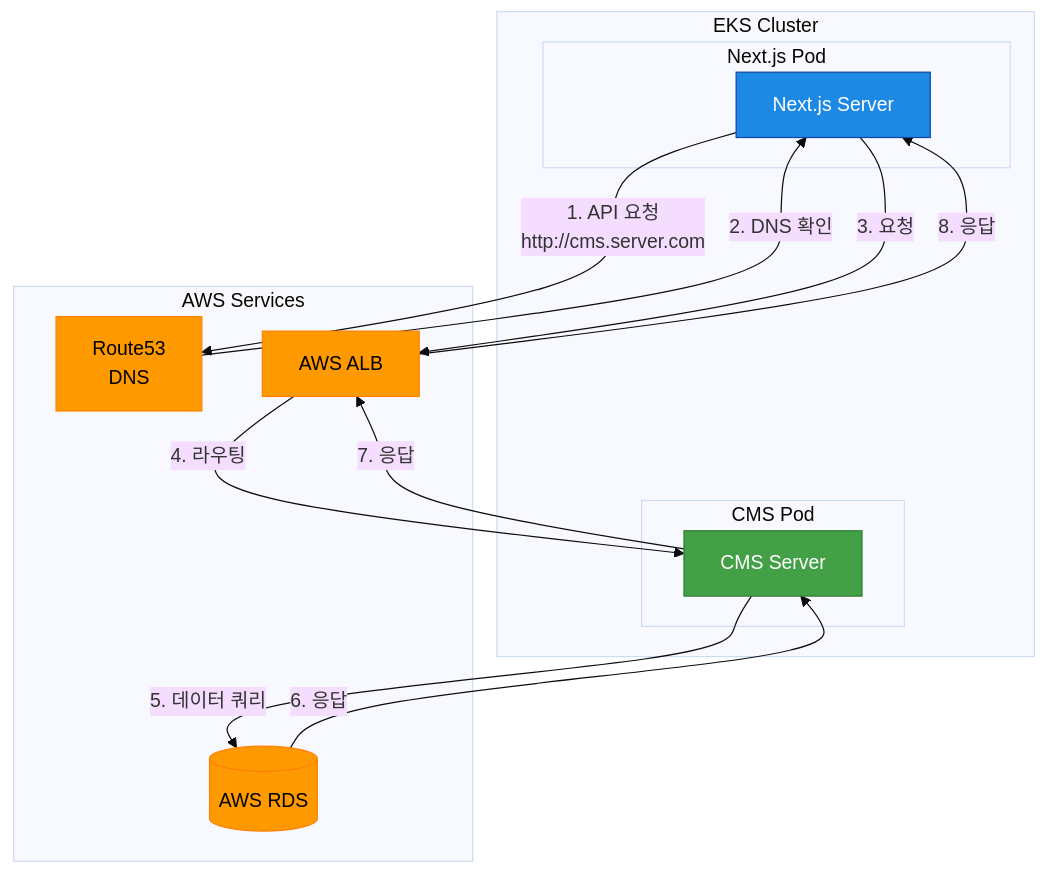
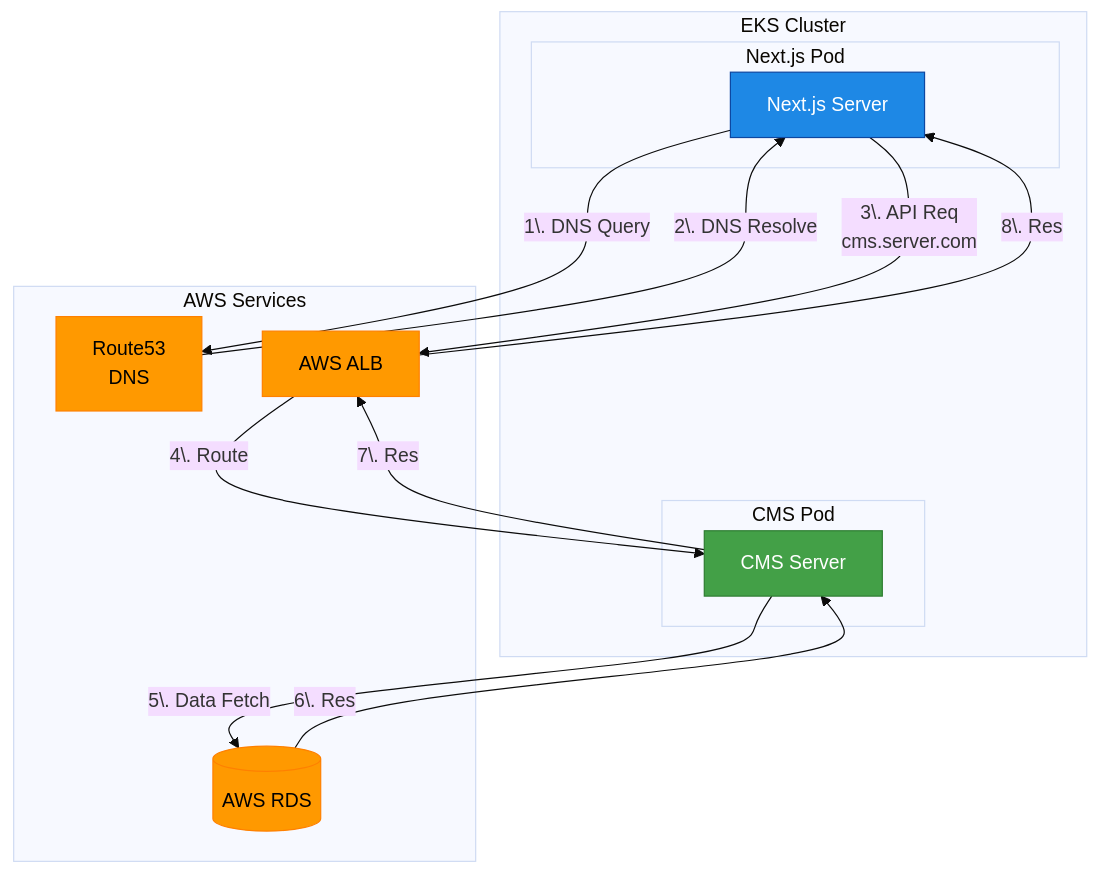
The first of 2 diagrams in docs/en/PoC/Kubernetes_ServiceDiscovery_Performance_PoC.md (TnStory/tnstory.github.io), drawn with Mermaid (base theme) before and after one commit. The commit also changed other lines of this file and 12 other files, not shown here.

````diff
--- a/docs/en/PoC/Kubernetes_ServiceDiscovery_Performance_PoC.md
+++ b/docs/en/PoC/Kubernetes_ServiceDiscovery_Performance_PoC.md
@@ -63,40 +69,40 @@
 ```mermaid
 flowchart TD
     subgraph "EKS Cluster"
         subgraph "Next.js Pod"
             next[Next.js Server]
             style next fill:#1E88E5,stroke:#0D47A1,color:white
         end
         
         subgraph "CMS Pod"
             cms[CMS Server]
             style cms fill:#43A047,stroke:#2E7D32,color:white
         end
     end
     
     subgraph "AWS Services"
-        route53[Route53\nDNS]
+        route53[Route53<br>DNS]
         style route53 fill:#FF9900,stroke:#FF8000,color:black
         
         alb[AWS ALB]
         style alb fill:#FF9900,stroke:#FF8000,color:black
         
         rds[(AWS RDS)]
         style rds fill:#FF9900,stroke:#FF8000,color:black
     end
     
-    next -->|1. API 요청\nhttp://cms.server.com| route53
-    route53 -->|2. DNS 확인| next
-    next -->|3. 요청| alb
-    alb -->|4. 라우팅| cms
-    cms -->|5. 데이터 쿼리| rds
-    rds -->|6. 응답| cms
-    cms -->|7. 응답| alb
-    alb -->|8. 응답| next
+    next -->|1\. DNS Query| route53
+    route53 -->|2\. DNS Resolve| next
+    next -->|3\. API Req<br>cms.server.com| alb
+    alb -->|4\. Route| cms
+    cms -->|5\. Data Fetch| rds
+    rds -->|6\. Res| cms
+    cms -->|7\. Res| alb
+    alb -->|8\. Res| next
 
     classDef aws fill:#FF9900,stroke:#FF8000,color:black;
     classDef k8s fill:#326CE5,stroke:#2350BD,color:white;
     
     class route53,alb,rds aws;
     class next,cms k8s;
 ```
````
